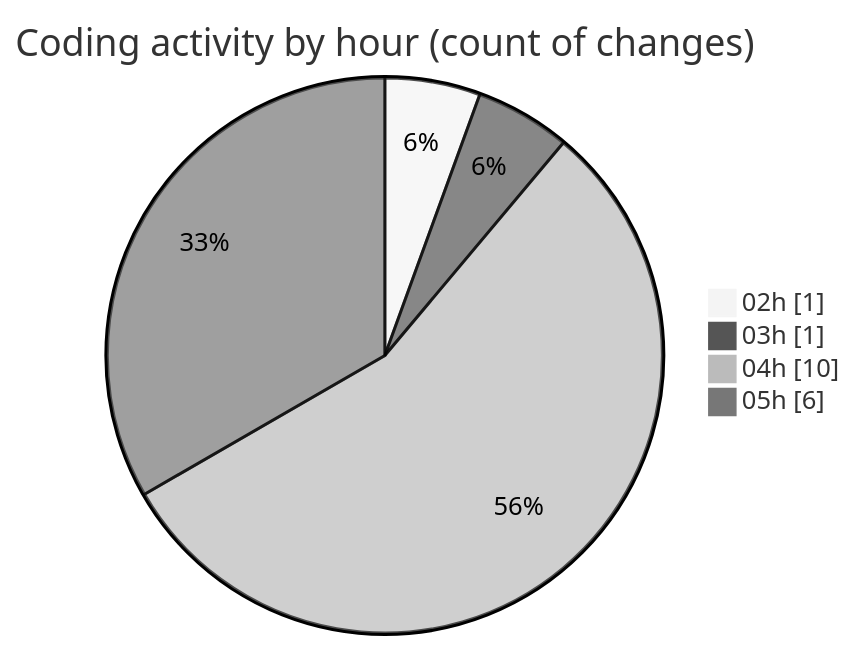
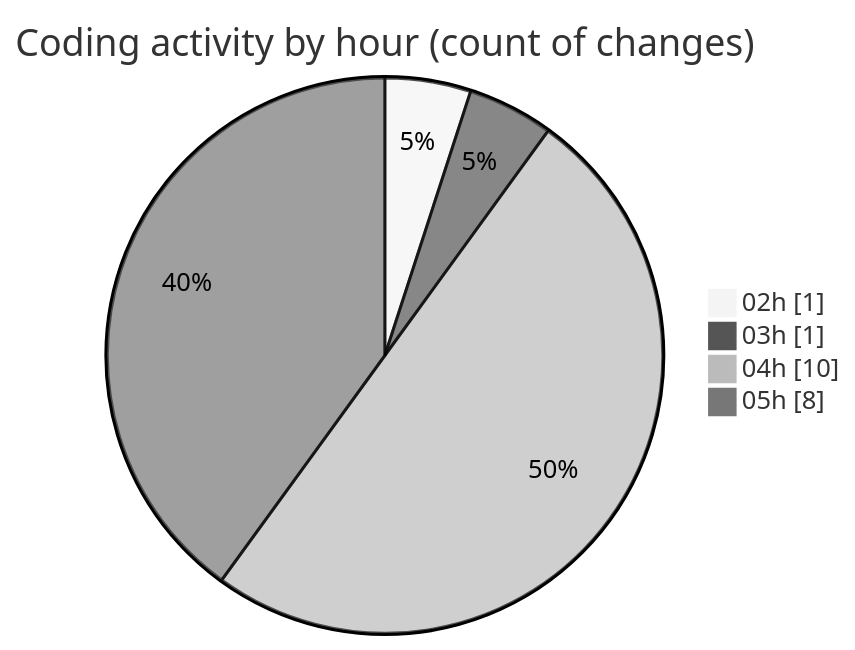
The second of 2 diagrams in 2025-10-31/cdp_aleoudev_fr__workspace_/README.md (julien-gomy/code-tracking), drawn with Mermaid (neutral theme) before and after one commit. The commit also changed other lines of this file and 1 other file, not shown here.

````diff
--- a/2025-10-31/cdp_aleoudev_fr__workspace_/README.md
+++ b/2025-10-31/cdp_aleoudev_fr__workspace_/README.md
@@ -29,8 +29,8 @@
 ```mermaid
 pie showData
 title Coding activity by hour (count of changes)
 "02h" : 1
 "03h" : 1
 "04h" : 10
-"05h" : 6
+"05h" : 8
 ```
````
